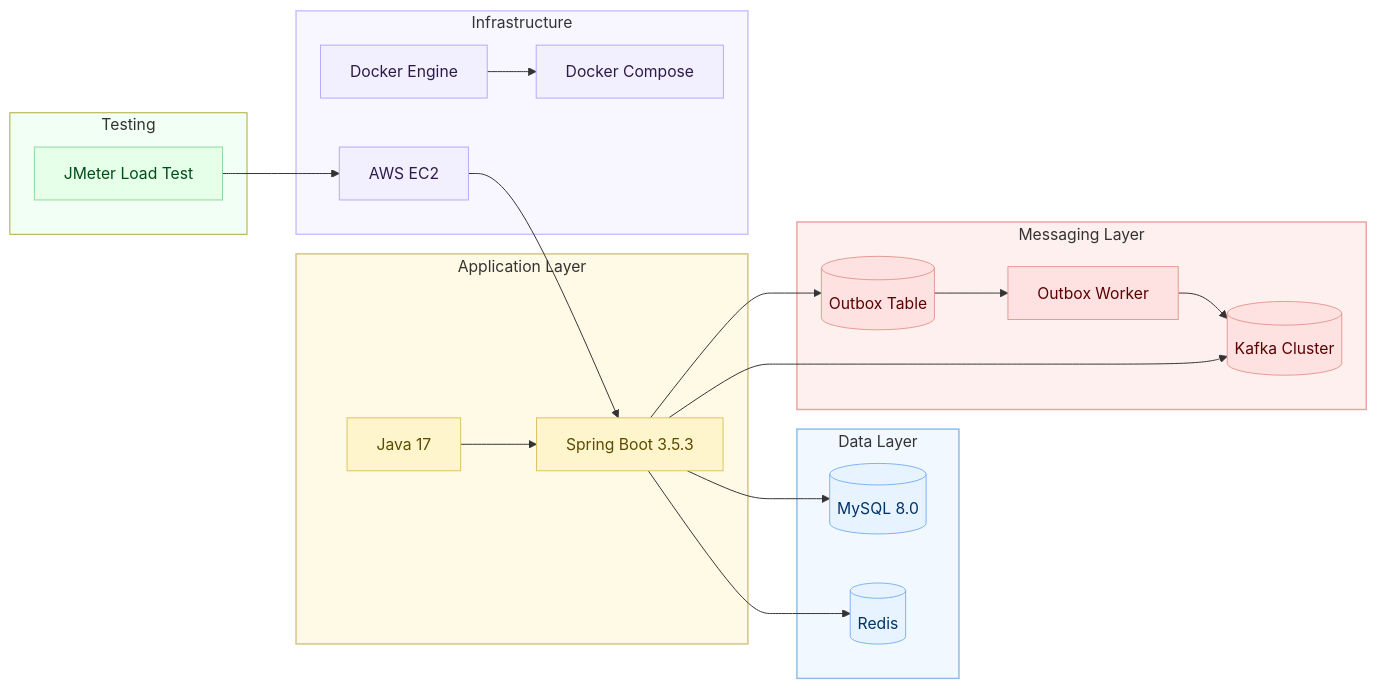
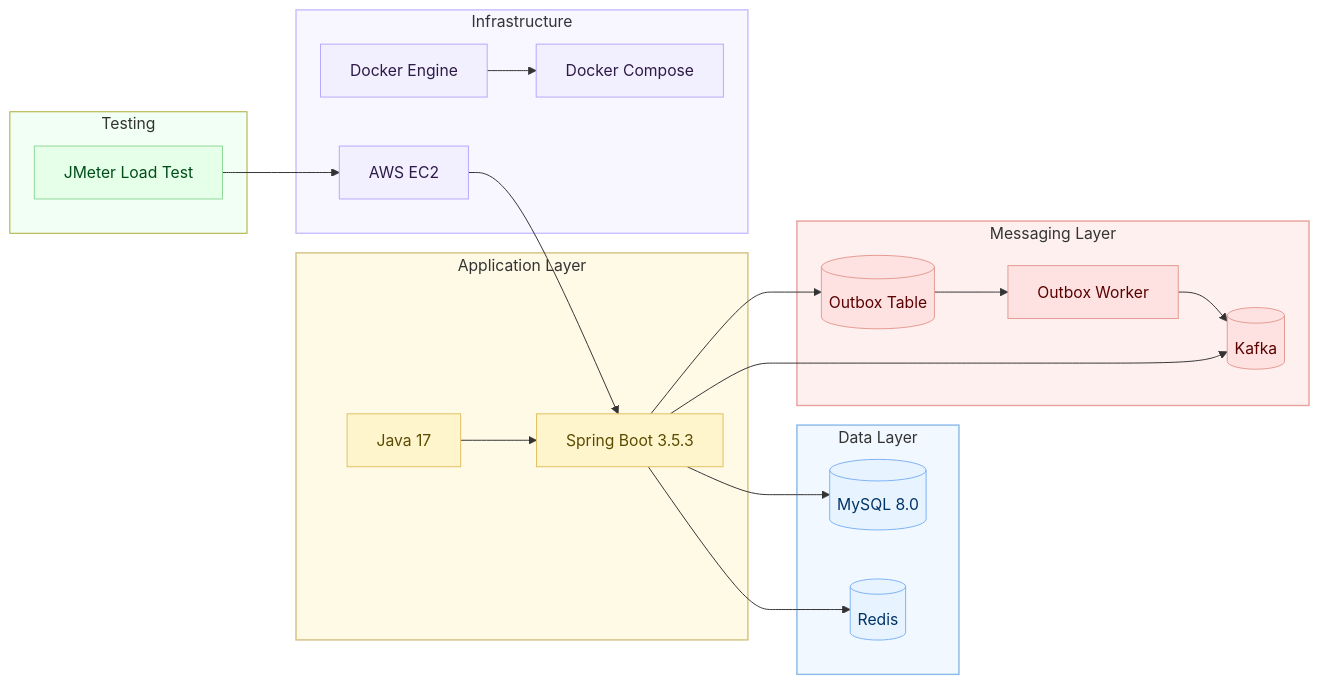
The diagram in README.md (chaechae5/commerce-promotion), drawn with Mermaid before and after one commit.

Commit message:
[docs] README 문서 작성

````diff
--- a/README.md
+++ b/README.md
@@ -33,60 +33,60 @@
 ```mermaid
 graph LR
 
 %% ====== Application Layer ======
     subgraph APP[Application Layer]
         Java[Java 17]:::app
         Spring[Spring Boot 3.5.3]:::app
         Java --> Spring
     end
 
 %% ====== Data Layer ======
     subgraph DATA[Data Layer]
         MySQL[(MySQL 8.0)]:::data
         Redis[(Redis)]:::data
     end
 
 %% ====== Messaging Layer ======
     subgraph MSG[Messaging Layer]
         Outbox[(Outbox Table)]:::msg
         Worker[Outbox Worker]:::msg
-        Kafka[(Kafka Cluster)]:::msg
+        Kafka[(Kafka)]:::msg
         Outbox --> Worker --> Kafka
     end
 
 %% ====== Infrastructure Layer ======
     subgraph INFRA[Infrastructure]
         Docker[Docker Engine]:::infra
         Compose[Docker Compose]:::infra
         EC2[AWS EC2]:::infra
         Docker --> Compose
     end
 
 %% ====== Testing Layer ======
     subgraph TEST[Testing]
         JMeter[JMeter Load Test]:::test
     end
 
 %% ====== Flow (그대로 유지) ======
     Spring --> MySQL
     Spring --> Redis
     Spring --> Outbox
     Spring --> Kafka
     JMeter --> EC2
     EC2 --> Spring
 
 %% ====== STYLE DEFINITIONS ======
     classDef app fill:#FFF5CC,stroke:#E0C060,stroke-width:1px,color:#5A4B00;
     classDef data fill:#E7F3FF,stroke:#7CB2F4,stroke-width:1px,color:#003366;
     classDef msg fill:#FDE2E1,stroke:#E59A92,stroke-width:1px,color:#5A0000;
     classDef infra fill:#F2F0FF,stroke:#B7A8FF,stroke-width:1px,color:#2E1A47;
     classDef test fill:#E5FFE8,stroke:#8DD999,stroke-width:1px,color:#004D1A;
 
 %% subgraph 스타일 (ID 기반)
     style APP fill:#FFFAE6,stroke:#D5C385,stroke-width:1.5px;
     style DATA fill:#F2F8FF,stroke:#8EBBEA,stroke-width:1.5px;
     style MSG fill:#FFF0F0,stroke:#E8A4A0,stroke-width:1.5px;
     style INFRA fill:#F8F6FF,stroke:#CABFFF,stroke-width:1.5px;
     style TEST fill:#F2FFF4,stroke:#
 
 ```
````
